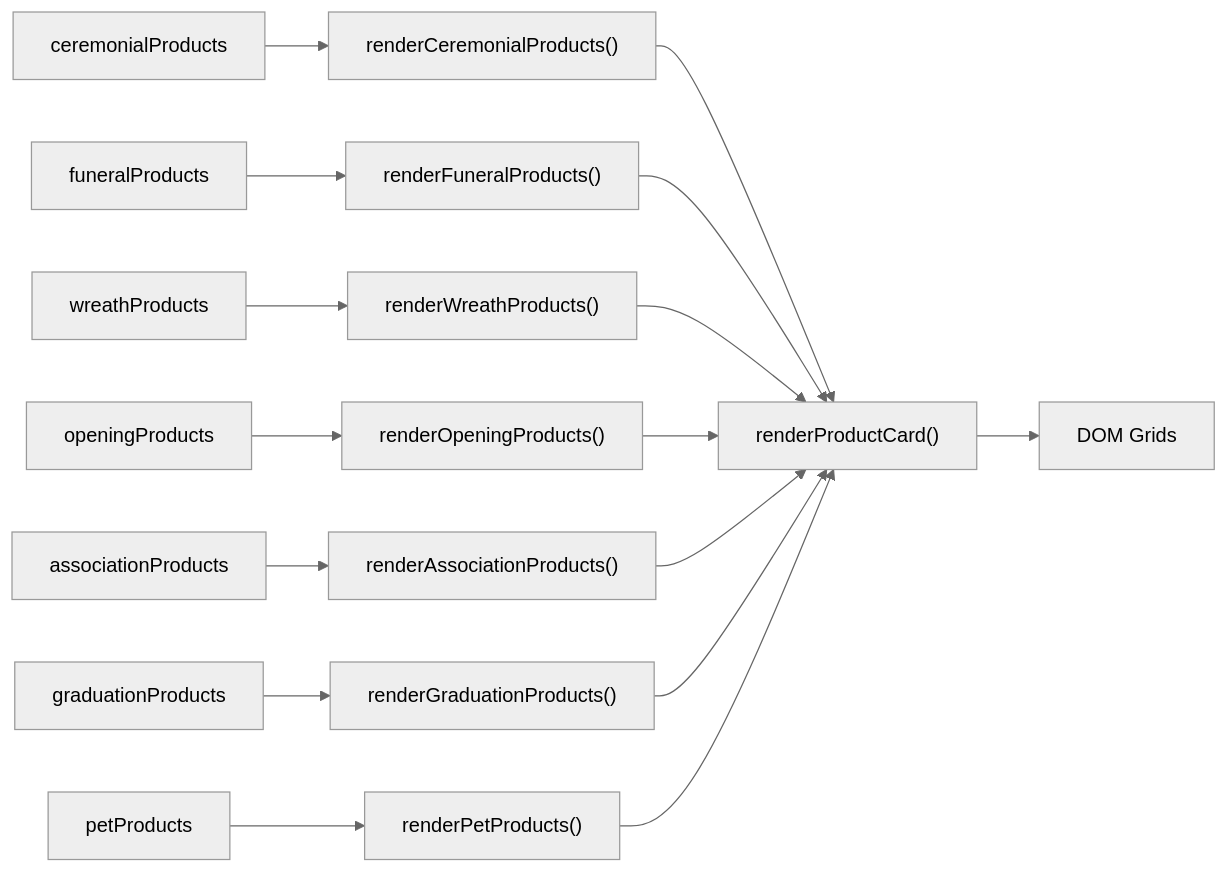
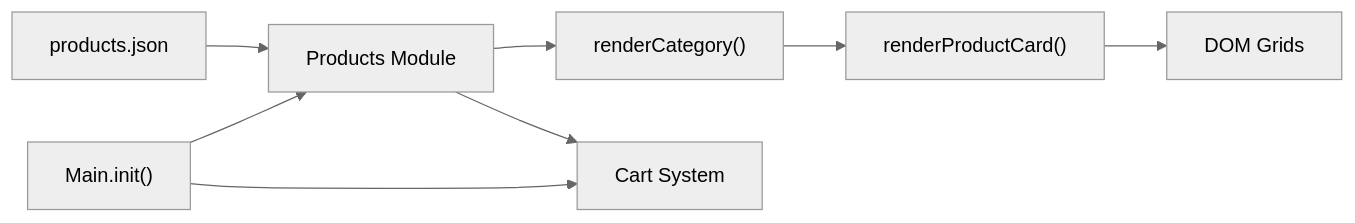
The fourth of 4 diagrams in .qoder/repowiki/en/content/Product Management System/Product Data Structure.md (queenflowerhk/queenflowerhk.github.io), drawn with Mermaid (neutral theme) before and after one commit. The commit also changed other lines of this file and 22 other files, not shown here.

````diff
--- a/.qoder/repowiki/en/content/Product Management System/Product Data Structure.md
+++ b/.qoder/repowiki/en/content/Product Management System/Product Data Structure.md
@@ -228,18 +247,10 @@
 ```mermaid
 graph LR
-CP["ceremonialProducts"] --> RC["renderCeremonialProducts()"]
-FP["funeralProducts"] --> RF["renderFuneralProducts()"]
-WP["wreathProducts"] --> RW["renderWreathProducts()"]
-OP["openingProducts"] --> RO["renderOpeningProducts()"]
-AP["associationProducts"] --> RA["renderAssociationProducts()"]
-GP["graduationProducts"] --> RG["renderGraduationProducts()"]
-PP["petProducts"] --> RP["renderPetProducts()"]
+JSON["products.json"] --> PM["Products Module"]
+PM --> RC["renderCategory()"]
 RC --> PC["renderProductCard()"]
-RF --> PC
-RW --> PC
-RO --> PC
-RA --> PC
-RG --> PC
-RP --> PC
 PC --> DOM["DOM Grids"]
+PM --> Cart["Cart System"]
+Main["Main.init()"] --> PM
+Main --> Cart
 ```
````
